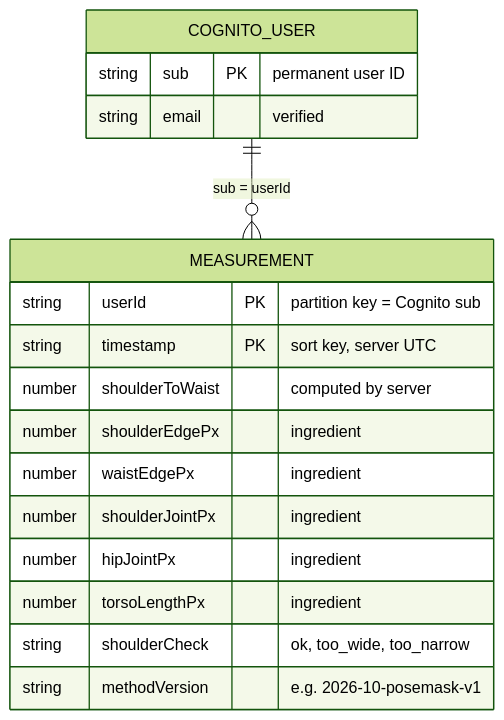
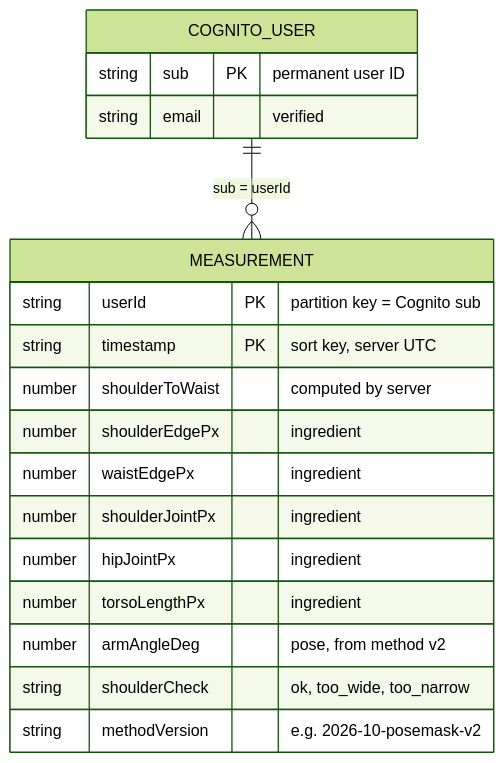
Diagram 13 of 15 in docs/architecture.md (ashutosharma2/LiftLens), drawn with Mermaid (forest theme) before and after one commit. The commit also changed other lines of this file and 4 other files, not shown here.

````diff
--- a/docs/architecture.md
+++ b/docs/architecture.md
@@ -390,20 +397,21 @@
 ```mermaid
 erDiagram
     COGNITO_USER ||--o{ MEASUREMENT : "sub = userId"
     COGNITO_USER {
         string sub PK "permanent user ID"
         string email "verified"
     }
     MEASUREMENT {
         string userId PK "partition key = Cognito sub"
         string timestamp PK "sort key, server UTC"
         number shoulderToWaist "computed by server"
         number shoulderEdgePx "ingredient"
         number waistEdgePx "ingredient"
         number shoulderJointPx "ingredient"
         number hipJointPx "ingredient"
         number torsoLengthPx "ingredient"
+        number armAngleDeg "pose, from method v2"
         string shoulderCheck "ok, too_wide, too_narrow"
-        string methodVersion "e.g. 2026-10-posemask-v1"
+        string methodVersion "e.g. 2026-10-posemask-v2"
     }
 ```
````
